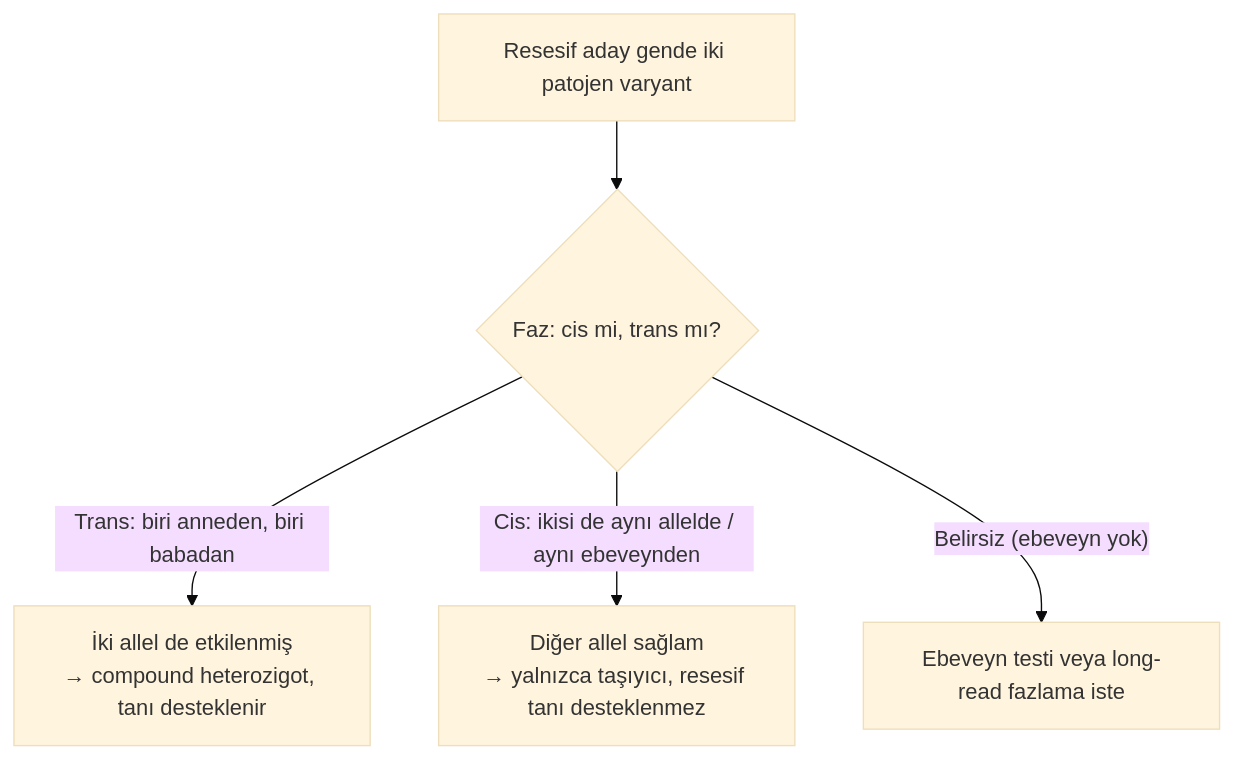
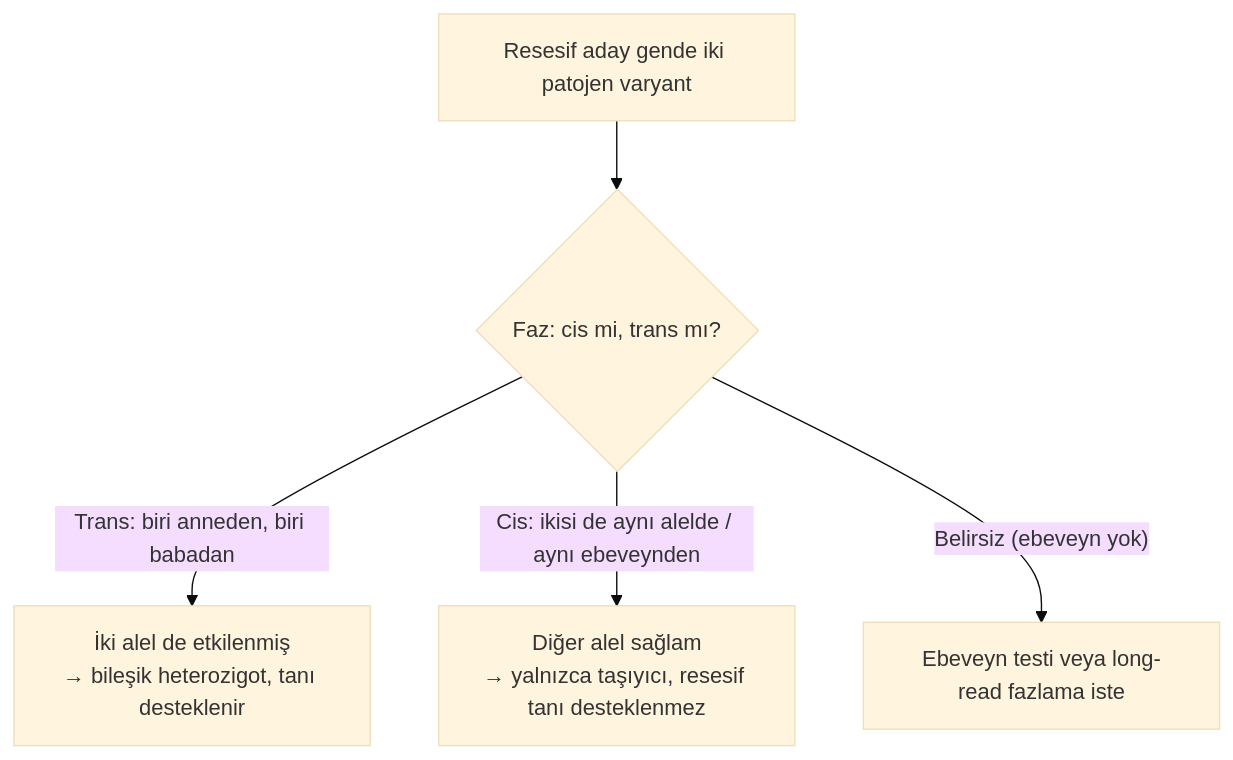
The second of 3 diagrams in Bölüm_01_Genetik_Hastalık_Mekanizması.md (MDKalenderoglu/Mekanizma_Kitab-), drawn with Mermaid (base theme) before and after one commit. The commit also changed other lines of this file and 21 other files, not shown here.

````diff
--- a/Bölüm_01_Genetik_Hastalık_Mekanizması.md
+++ b/Bölüm_01_Genetik_Hastalık_Mekanizması.md
@@ -102,7 +102,7 @@
 ```mermaid
 flowchart TD
   V["Resesif aday gende iki patojen varyant"] --> Q{"Faz: cis mi, trans mı?"}
-  Q -->|"Trans: biri anneden, biri babadan"| R["İki allel de etkilenmiş<br/>→ compound heterozigot, tanı desteklenir"]
-  Q -->|"Cis: ikisi de aynı allelde / aynı ebeveynden"| S["Diğer allel sağlam<br/>→ yalnızca taşıyıcı, resesif tanı desteklenmez"]
+  Q -->|"Trans: biri anneden, biri babadan"| R["İki alel de etkilenmiş<br/>→ bileşik heterozigot, tanı desteklenir"]
+  Q -->|"Cis: ikisi de aynı alelde / aynı ebeveynden"| S["Diğer alel sağlam<br/>→ yalnızca taşıyıcı, resesif tanı desteklenmez"]
   Q -->|"Belirsiz (ebeveyn yok)"| T["Ebeveyn testi veya long-read fazlama iste"]
 ```
````
